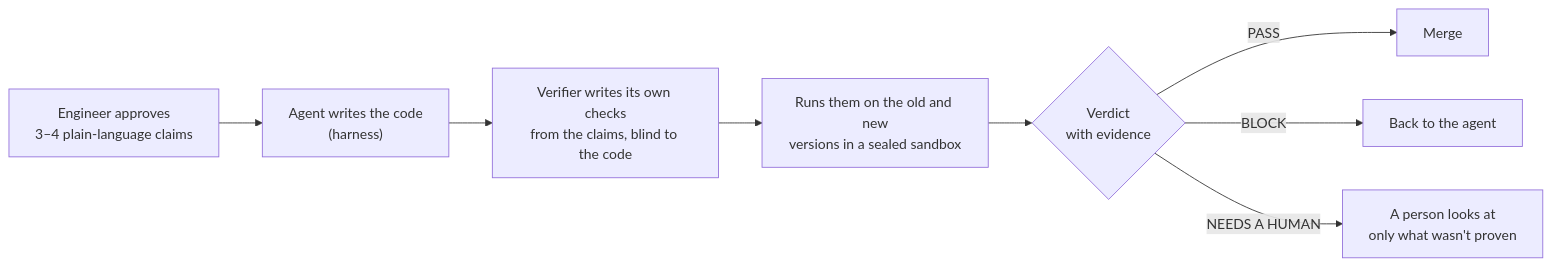
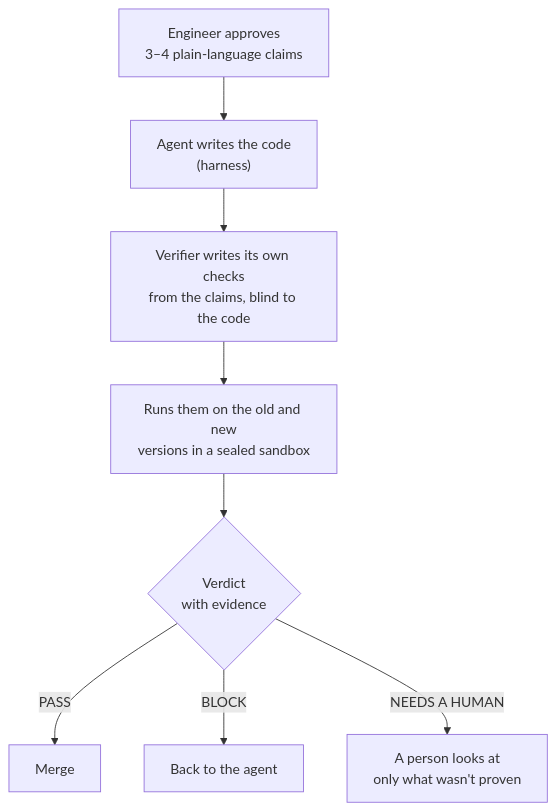
One commit to jhoh10/aie_hackathon changed the diagram in README.md. Above: the diagram before and after it, drawn with Mermaid.

Commit message:
README: draw the flow top to bottom so it stays readable

````diff
--- a/README.md
+++ b/README.md
@@ -29,10 +29,10 @@
 ```mermaid
-flowchart LR
+flowchart TD
     A["Engineer approves<br/>3–4 plain-language claims"] --> B["Agent writes the code<br/>(harness)"]
     B --> C["Verifier writes its own checks<br/>from the claims, blind to the code"]
     C --> D["Runs them on the old and new<br/>versions in a sealed sandbox"]
     D --> E{"Verdict<br/>with evidence"}
     E -->|PASS| F[Merge]
     E -->|BLOCK| G[Back to the agent]
     E -->|NEEDS A HUMAN| H[A person looks at<br/>only what wasn't proven]
 ```
````
